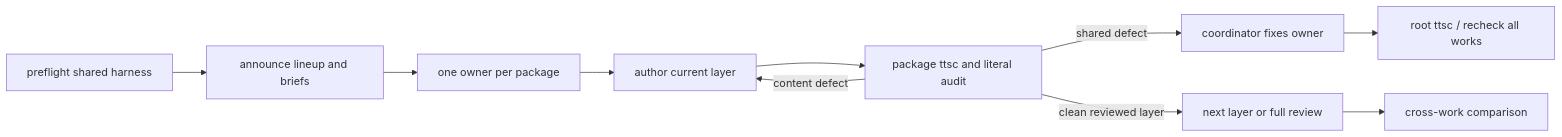
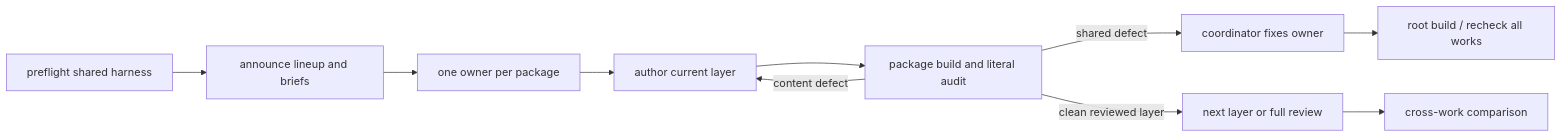
Before and after one commit to samchon/novels: the diagram in .agents/skills/benchmark/SKILL.md, drawn with Mermaid. The commit also changed other lines of this file and 21 other files, not shown here.

````diff
--- a/.agents/skills/benchmark/SKILL.md
+++ b/.agents/skills/benchmark/SKILL.md
@@ -10,12 +10,12 @@
 ```mermaid
 flowchart LR
   P["preflight shared harness"] --> L["announce lineup and briefs"]
   L --> W["one owner per package"]
   W --> A["author current layer"]
-  A --> T["package ttsc and literal audit"]
+  A --> T["package build and literal audit"]
   T -->|"content defect"| A
   T -->|"shared defect"| C["coordinator fixes owner"]
-  C --> R["root ttsc / recheck all works"]
+  C --> R["root build / recheck all works"]
   T -->|"clean reviewed layer"| N["next layer or full review"]
   N --> Q["cross-work comparison"]
 ```
````
